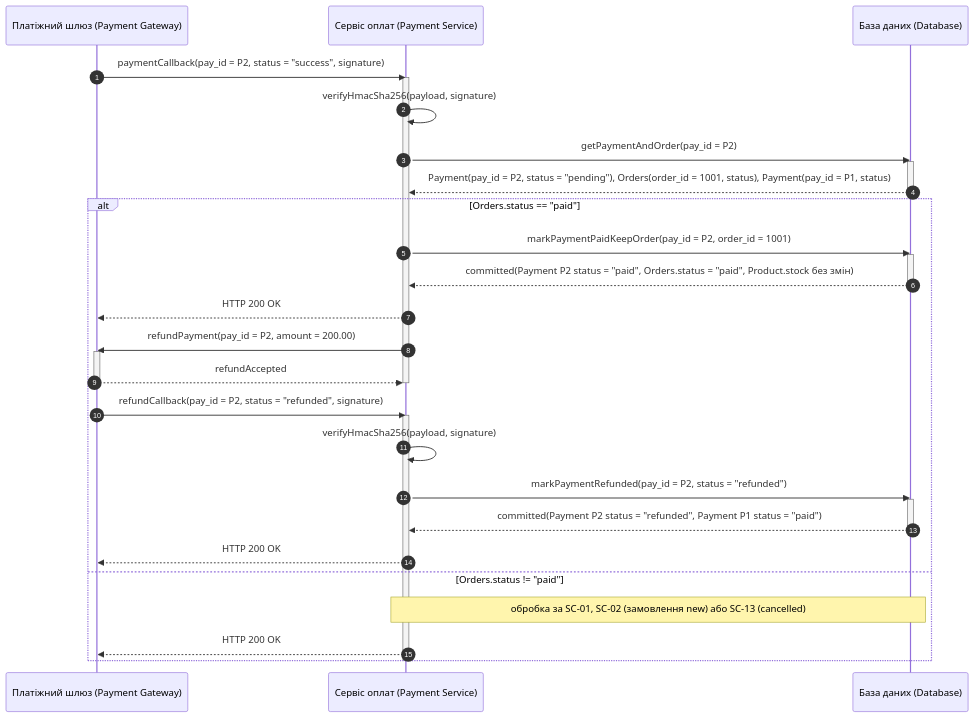
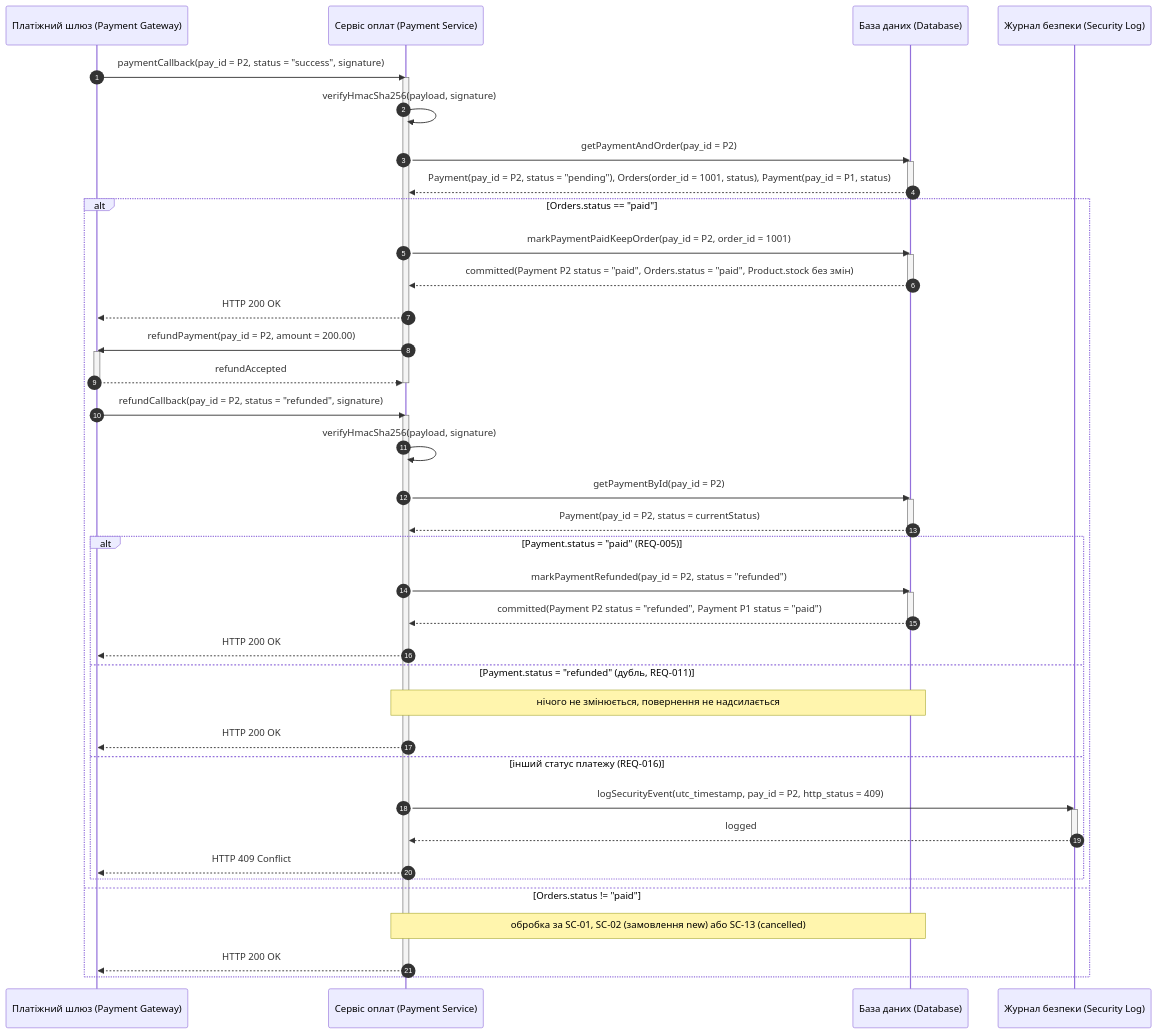
Before and after one commit to hutnichs/KPI_MAVPZ: diagram 14 of 15 in Lab3/diagram.md, drawn with Mermaid. The commit also changed other lines of this file and 1 other file, not shown here.

Commit message:
Refactor sequence diagrams for payment processing and prompt added

````diff
--- a/Lab3/diagram.md
+++ b/Lab3/diagram.md
@@ -574,41 +612,57 @@
 ```mermaid
 sequenceDiagram
     autonumber
     participant PGW as Платіжний шлюз (Payment Gateway)
     participant PS as Сервіс оплат (Payment Service)
     participant DB as База даних (Database)
+    participant SecLog as Журнал безпеки (Security Log)
 
     PGW->>PS: paymentCallback(pay_id = P2, status = "success", signature)
     activate PS
     PS->>PS: verifyHmacSha256(payload, signature)
     PS->>DB: getPaymentAndOrder(pay_id = P2)
     activate DB
     DB-->>PS: Payment(pay_id = P2, status = "pending"), Orders(order_id = 1001, status), Payment(pay_id = P1, status)
     deactivate DB
 
     alt Orders.status == "paid"
         PS->>DB: markPaymentPaidKeepOrder(pay_id = P2, order_id = 1001)
         activate DB
         DB-->>PS: committed(Payment P2 status = "paid", Orders.status = "paid", Product.stock без змін)
         deactivate DB
         PS-->>PGW: HTTP 200 OK
         PS->>PGW: refundPayment(pay_id = P2, amount = 200.00)
         activate PGW
         PGW-->>PS: refundAccepted
         deactivate PGW
         deactivate PS
 
         PGW->>PS: refundCallback(pay_id = P2, status = "refunded", signature)
         activate PS
         PS->>PS: verifyHmacSha256(payload, signature)
-        PS->>DB: markPaymentRefunded(pay_id = P2, status = "refunded")
+        PS->>DB: getPaymentById(pay_id = P2)
         activate DB
-        DB-->>PS: committed(Payment P2 status = "refunded", Payment P1 status = "paid")
+        DB-->>PS: Payment(pay_id = P2, status = currentStatus)
         deactivate DB
-        PS-->>PGW: HTTP 200 OK
+        alt Payment.status = "paid" (REQ-005)
+            PS->>DB: markPaymentRefunded(pay_id = P2, status = "refunded")
+            activate DB
+            DB-->>PS: committed(Payment P2 status = "refunded", Payment P1 status = "paid")
+            deactivate DB
+            PS-->>PGW: HTTP 200 OK
+        else Payment.status = "refunded" (дубль, REQ-011)
+            Note over PS,DB: нічого не змінюється, повернення не надсилається
+            PS-->>PGW: HTTP 200 OK
+        else інший статус платежу (REQ-016)
+            PS->>SecLog: logSecurityEvent(utc_timestamp, pay_id = P2, http_status = 409)
+            activate SecLog
+            SecLog-->>PS: logged
+            deactivate SecLog
+            PS-->>PGW: HTTP 409 Conflict
+        end
     else Orders.status != "paid"
         Note over PS,DB: обробка за SC-01, SC-02 (замовлення new) або SC-13 (cancelled)
         PS-->>PGW: HTTP 200 OK
     end
     deactivate PS
 ```
````
